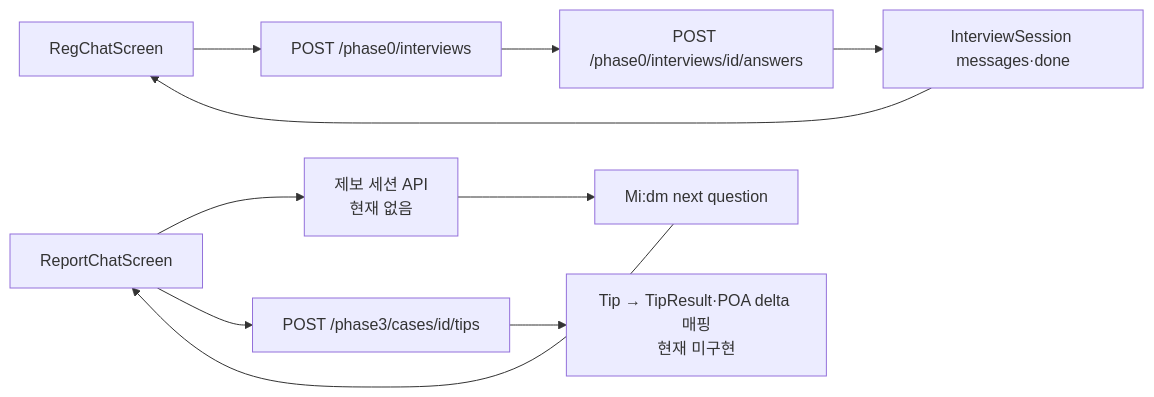
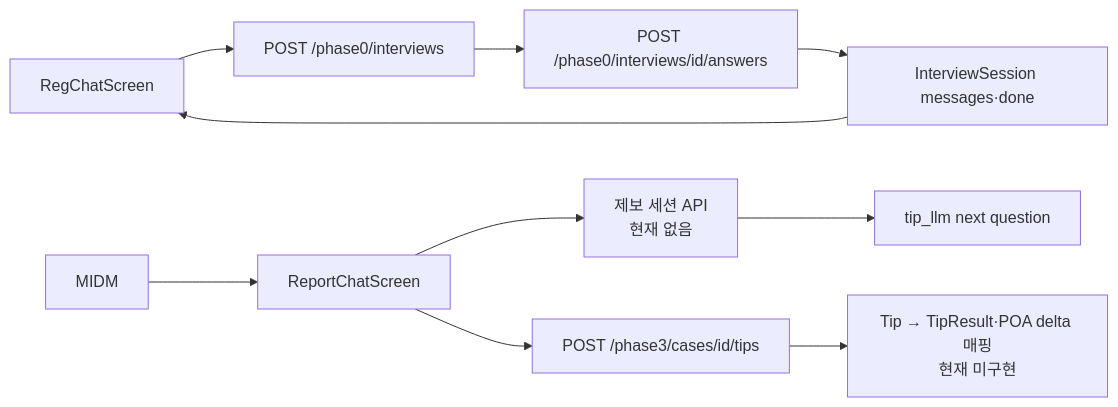
Before and after one commit to Donghaeng-AI-ROOKIE/Come-back-home: the tenth of 12 diagrams in docs/IMPLEMENTATION_ARCHITECTURE.md, drawn with Mermaid. The commit also changed other lines of this file and 5 other files, not shown here.

First line of the commit message:
docs: md 전수 최신화 — tip_llm 분리·되묻기 게이트·시각 변환·기준표 보완 반영

````diff
--- a/docs/IMPLEMENTATION_ARCHITECTURE.md
+++ b/docs/IMPLEMENTATION_ARCHITECTURE.md
@@ -585,13 +611,13 @@
 ```mermaid
 flowchart LR
     REG["RegChatScreen"] --> START["POST /phase0/interviews"]
     START --> ANSWER["POST /phase0/interviews/id/answers"]
     ANSWER --> SESSION["InterviewSession messages·done"]
     SESSION --> REG
 
     TIPUI["ReportChatScreen"] --> TIPSESSION["제보 세션 API<br/>현재 없음"]
-    TIPSESSION --> MIDM["Mi:dm next question"]
+    TIPSESSION --> TIPL["tip_llm next question"]
     MIDM --> TIPUI
     TIPUI --> SUBMIT["POST /phase3/cases/id/tips"]
     SUBMIT --> MAP["Tip → TipResult·POA delta 매핑<br/>현재 미구현"]
 ```
````
